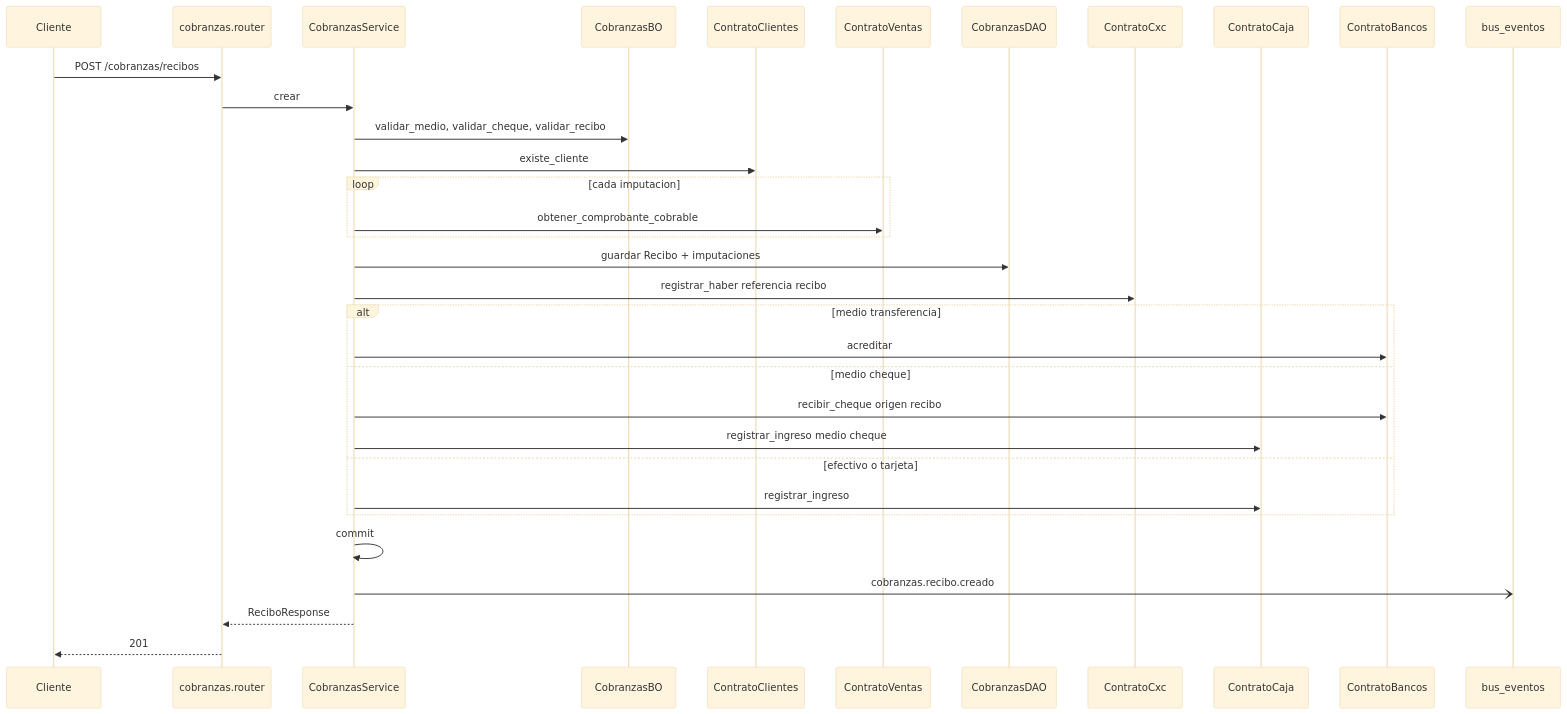
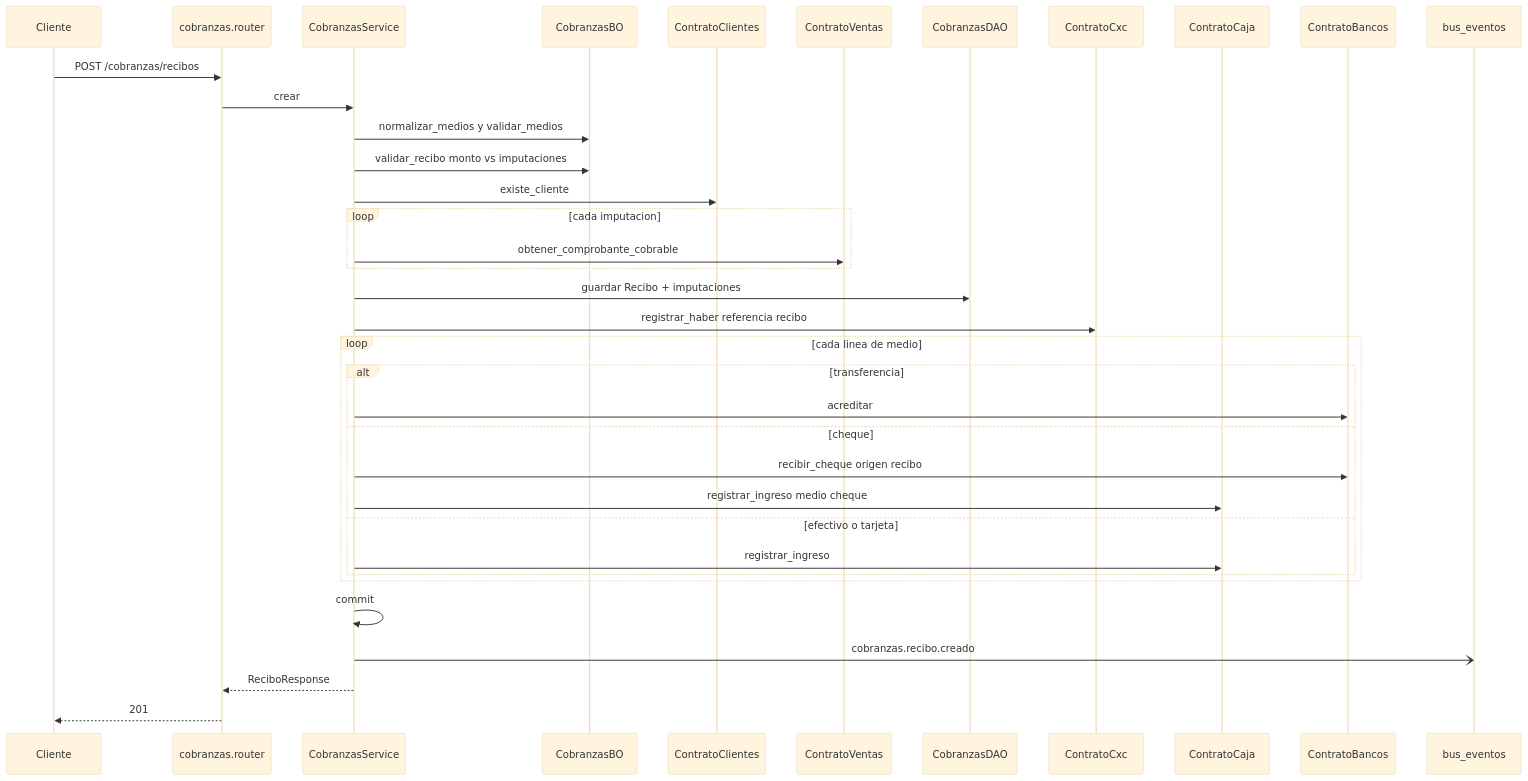
Before and after one commit to estsan3/ventas360-api: the diagram in docs/diagramas/cobranzas.md, drawn with Mermaid (base theme). The commit also changed other lines of this file and 8 other files, not shown here.

First line of the commit message:
docs: actualizar diagramas de secuencia (ia, compras, cobranzas)

````diff
--- a/docs/diagramas/cobranzas.md
+++ b/docs/diagramas/cobranzas.md
@@ -8,36 +10,39 @@
 ```mermaid
 sequenceDiagram
     participant Cliente
     participant Router as cobranzas.router
     participant Service as CobranzasService
     participant BO as CobranzasBO
     participant Clientes as ContratoClientes
     participant Ventas as ContratoVentas
     participant DAO as CobranzasDAO
     participant Cxc as ContratoCxc
     participant Caja as ContratoCaja
     participant Bancos as ContratoBancos
     participant Bus as bus_eventos
 
     Cliente->>Router: POST /cobranzas/recibos
     Router->>Service: crear
-    Service->>BO: validar_medio, validar_cheque, validar_recibo
+    Service->>BO: normalizar_medios y validar_medios
+    Service->>BO: validar_recibo monto vs imputaciones
     Service->>Clientes: existe_cliente
     loop cada imputacion
         Service->>Ventas: obtener_comprobante_cobrable
     end
     Service->>DAO: guardar Recibo + imputaciones
     Service->>Cxc: registrar_haber referencia recibo
-    alt medio transferencia
-        Service->>Bancos: acreditar
-    else medio cheque
-        Service->>Bancos: recibir_cheque origen recibo
-        Service->>Caja: registrar_ingreso medio cheque
-    else efectivo o tarjeta
-        Service->>Caja: registrar_ingreso
+    loop cada linea de medio
+        alt transferencia
+            Service->>Bancos: acreditar
+        else cheque
+            Service->>Bancos: recibir_cheque origen recibo
+            Service->>Caja: registrar_ingreso medio cheque
+        else efectivo o tarjeta
+            Service->>Caja: registrar_ingreso
+        end
     end
     Service->>Service: commit
     Service-)Bus: cobranzas.recibo.creado
     Service-->>Router: ReciboResponse
     Router-->>Cliente: 201
 ```
````
